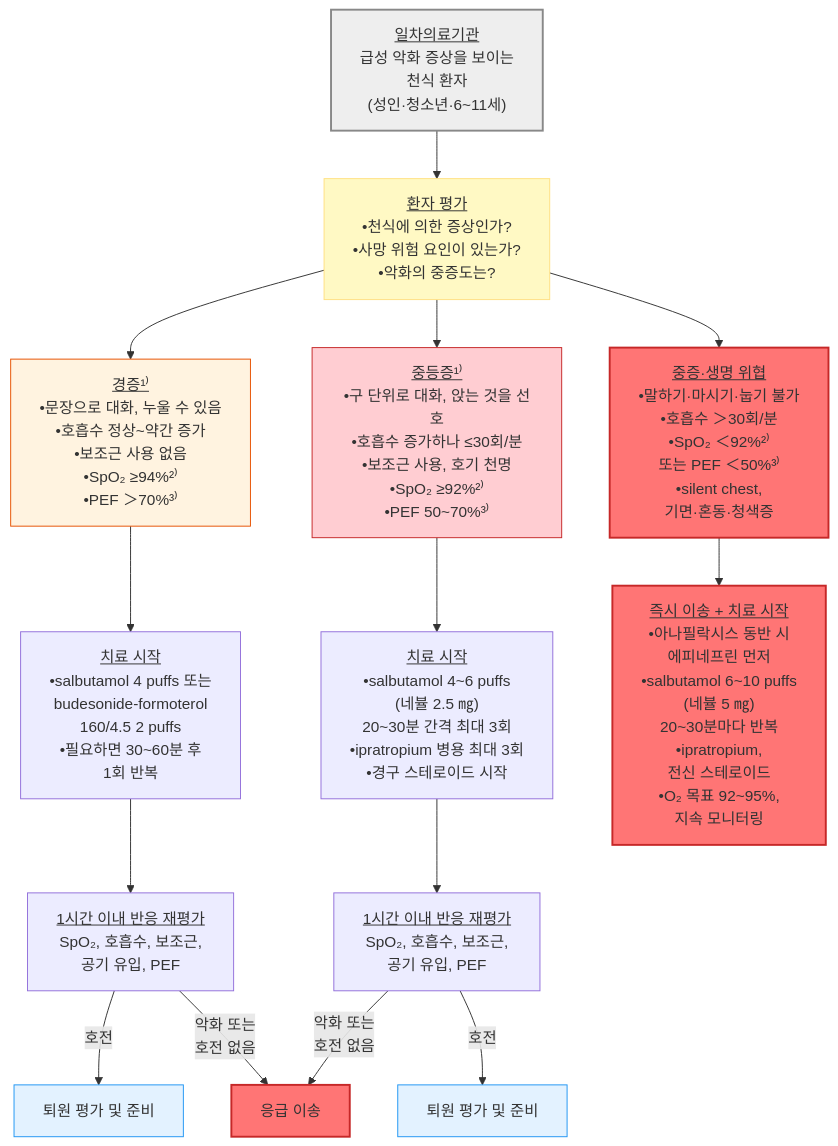
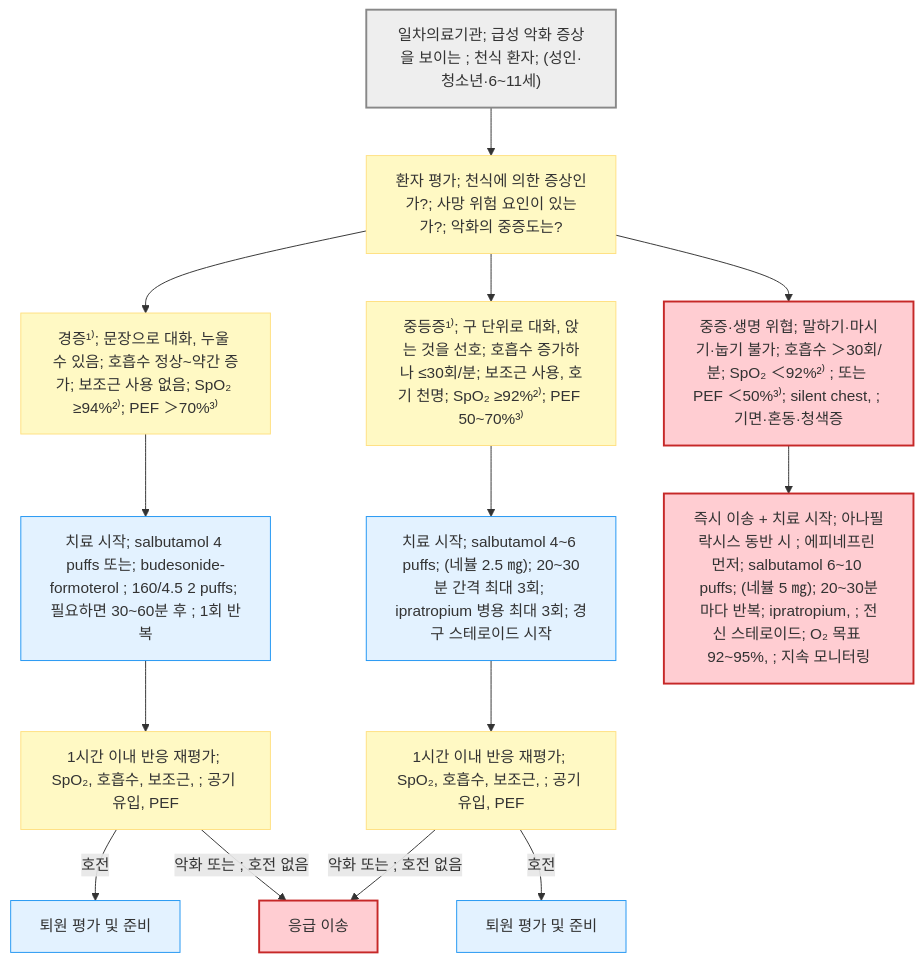
Before and after one commit to familyoh77/familyoh77: the fourth of 4 diagrams in 223_/071_-asthma.md, drawn with Mermaid. The commit also changed other lines of this file and 2 other files, not shown here.

````diff
--- a/223_/071_-asthma.md
+++ b/223_/071_-asthma.md
@@ -1093,38 +1081,37 @@
 ```mermaid
 flowchart TD
-    Start["<u>일차의료기관</u><br/>급성 악화 증상을 보이는 <br/>천식 환자<br/>(성인·청소년·6~11세)"]
-    B["<u>환자 평가</u><br/>•천식에 의한 증상인가?<br/>•사망 위험 요인이 있는가?<br/>•악화의 중증도는?"]
-    C["<u>경증¹⁾</u><br/>•문장으로 대화, 누울 수 있음<br/>•호흡수 정상~약간 증가<br/>•보조근 사용 없음<br/>•SpO₂ ≥94%²⁾<br/>•PEF ＞70%³⁾"]
-    D["<u>중등증¹⁾</u><br/>•구 단위로 대화, 앉는 것을 선호<br/>•호흡수 증가하나 ≤30회/분<br/>•보조근 사용, 호기 천명<br/>•SpO₂ ≥92%²⁾<br/>•PEF 50~70%³⁾"]
-    E["<u>중증·생명 위협</u><br/>•말하기·마시기·눕기 불가<br/>•호흡수 ＞30회/분<br/>•SpO₂ ＜92%²⁾ <br/>또는 PEF ＜50%³⁾<br/>•silent chest, <br/>기면·혼동·청색증"]
-    H1["<u>치료 시작</u><br/>•salbutamol 4 puffs 또는<br/>budesonide-formoterol <br/>160/4.5 2 puffs<br/>•필요하면 30~60분 후 <br/>1회 반복"]
-    H2["<u>치료 시작</u><br/>•salbutamol 4~6 puffs<br/>(네뷸 2.5 ㎎)<br/>20~30분 간격 최대 3회<br/>•ipratropium 병용 최대 3회<br/>•경구 스테로이드 시작"]
-    F["<u>즉시 이송 + 치료 시작</u><br/>•아나필락시스 동반 시 <br/>에피네프린 먼저<br/>•salbutamol 6~10 puffs<br/>(네뷸 5 ㎎)<br/>20~30분마다 반복<br/>•ipratropium, <br/>전신 스테로이드<br/>•O₂ 목표 92~95%, <br/>지속 모니터링"]
-    R1["<u>1시간 이내 반응 재평가</u><br/>SpO₂, 호흡수, 보조근, <br/>공기 유입, PEF"]
-    R2["<u>1시간 이내 반응 재평가</u><br/>SpO₂, 호흡수, 보조근, <br/>공기 유입, PEF"]
+    Start["`일차의료기관; 급성 악화 증상을 보이는 ; 천식 환자; (성인·청소년·6~11세)`"]
+    B["`환자 평가; 천식에 의한 증상인가?; 사망 위험 요인이 있는가?; 악화의 중증도는?`"]
+    C["`경증¹⁾; 문장으로 대화, 누울 수 있음; 호흡수 정상~약간 증가; 보조근 사용 없음; SpO₂ ≥94%²⁾; PEF ＞70%³⁾`"]
+    D["`중등증¹⁾; 구 단위로 대화, 앉는 것을 선호; 호흡수 증가하나 ≤30회/분; 보조근 사용, 호기 천명; SpO₂ ≥92%²⁾; PEF 50~70%³⁾`"]
+    E["`중증·생명 위협; 말하기·마시기·눕기 불가; 호흡수 ＞30회/분; SpO₂ ＜92%²⁾ ; 또는 PEF ＜50%³⁾; silent chest, ; 기면·혼동·청색증`"]
+    H1["`치료 시작; salbutamol 4 puffs 또는; budesonide-formoterol ; 160/4.5 2 puffs; 필요하면 30~60분 후 ; 1회 반복`"]
+    H2["`치료 시작; salbutamol 4~6 puffs; (네뷸 2.5 ㎎); 20~30분 간격 최대 3회; ipratropium 병용 최대 3회; 경구 스테로이드 시작`"]
+    F["`즉시 이송 + 치료 시작; 아나필락시스 동반 시 ; 에피네프린 먼저; salbutamol 6~10 puffs; (네뷸 5 ㎎); 20~30분마다 반복; ipratropium, ; 전신 스테로이드; O₂ 목표 92~95%, ; 지속 모니터링`"]
+    R1["`1시간 이내 반응 재평가; SpO₂, 호흡수, 보조근, ; 공기 유입, PEF`"]
+    R2["`1시간 이내 반응 재평가; SpO₂, 호흡수, 보조근, ; 공기 유입, PEF`"]
     F1["응급 이송"]
     K1["퇴원 평가 및 준비"]
     K2["퇴원 평가 및 준비"]
     Start --> B
     B --> C
     B --> D
     B --> E
     C --> H1
     D --> H2
     E --> F
     H1 --> R1
     H2 --> R2
     R1 -- "호전" --> K1
-    R1 -- "악화 또는 <br/>호전 없음" --> F1
-    R2 -- "악화 또는 <br/>호전 없음" --> F1
+    R1 -- "악화 또는 ; 호전 없음" --> F1
+    R2 -- "악화 또는 ; 호전 없음" --> F1
     R2 -- "호전" --> K2
-    classDef question fill:#fff9c4,stroke:#ffe082
-    classDef red fill:#ff7575,stroke:#c62828,stroke-width:2px
-    classDef blue fill:#e3f2ff,stroke:#2196f3
-    class B question
-    class E,F,F1 red
-    class K1,K2 blue
-    style Start fill:#eeeeee,stroke:#888888,stroke-width:2px
-    style C fill:#fff3e0,stroke:#e65100,stroke-width:1px
-    style D fill:#ffcdd2,stroke:#c62828,stroke-width:1px
+    classDef start fill:#eee,stroke:#888,stroke-width:2px
+    classDef decision fill:#fff9c4,stroke:#ffe082
+    classDef emergency fill:#ffcdd2,stroke:#c62828,stroke-width:2px
+    classDef action fill:#e3f2ff,stroke:#2196f3
+    class Start start
+    class B,C,D,R1,R2 decision
+    class E,F,F1 emergency
+    class H1,H2,K1,K2 action
 ```
````
